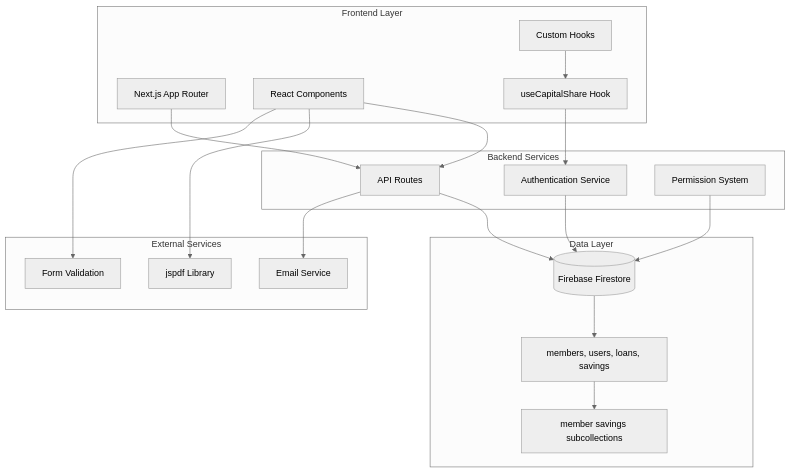
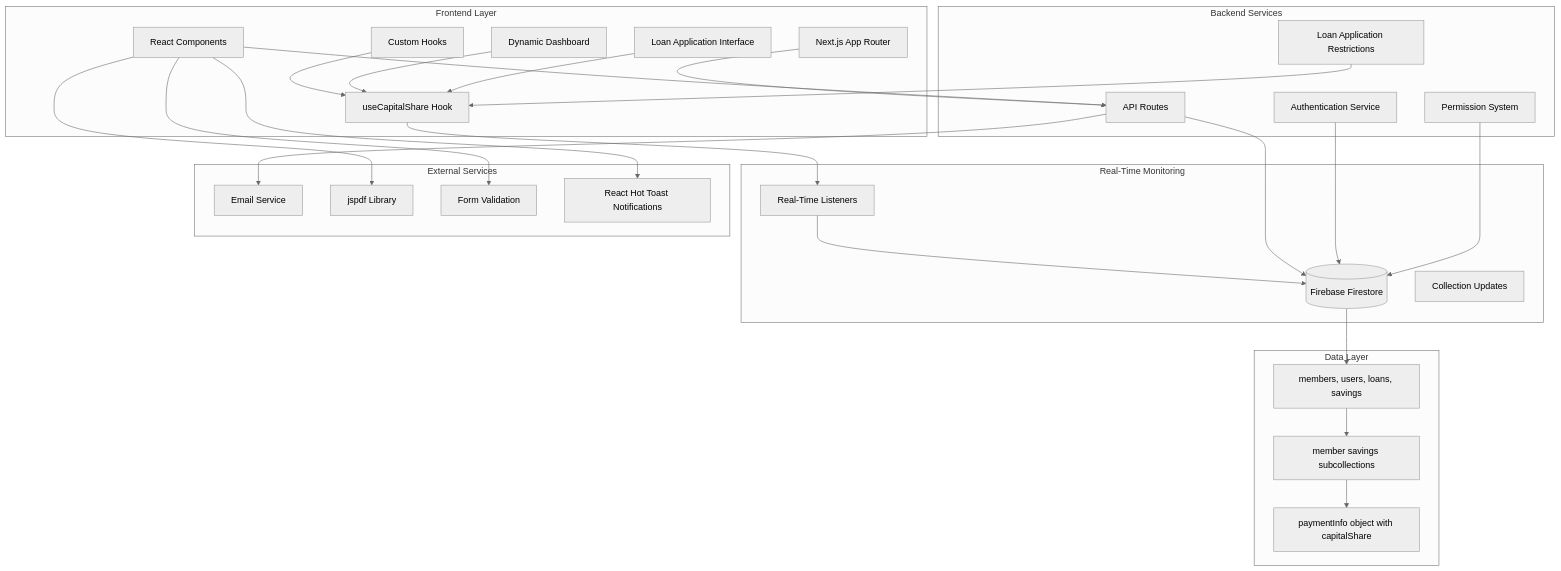
One commit to Unsure-bry/sampacoop_system changed the first of 15 diagrams in .qoder/repowiki/en/content/Project Overview/Core Features & Functionality/Administrative Features/Capital Shares Management System.md. Above: the diagram before and after it, drawn with Mermaid (neutral theme). The commit also changed other lines of this file and 3 other files, not shown here.

````diff
--- a/.qoder/repowiki/en/content/Project Overview/Core Features & Functionality/Administrative Features/Capital Shares Management System.md
+++ b/.qoder/repowiki/en/content/Project Overview/Core Features & Functionality/Administrative Features/Capital Shares Management System.md
@@ -60,36 +62,52 @@
 ```mermaid
 graph TB
 subgraph "Frontend Layer"
 UI[Next.js App Router]
 Components[React Components]
 Hooks[Custom Hooks]
 useCapitalShare[useCapitalShare Hook]
+DynamicDashboard[Dynamic Dashboard]
+LoanInterface[Loan Application Interface]
+end
+subgraph "Real-Time Monitoring"
+RealTime[Real-Time Listeners]
+Firestore[(Firebase Firestore)]
+CollectionUpdates[Collection Updates]
 end
 subgraph "Backend Services"
 API[API Routes]
 Auth[Authentication Service]
 Permissions[Permission System]
+LoanRestrictions[Loan Application Restrictions]
 end
 subgraph "Data Layer"
 Firestore[(Firebase Firestore)]
 Collections[members, users, loans, savings]
 Subcollections[member savings subcollections]
+PaymentInfo[paymentInfo object with capitalShare]
 end
 subgraph "External Services"
 Email[Email Service]
 PDF[jspdf Library]
 Validation[Form Validation]
+Toast[React Hot Toast Notifications]
 end
 UI --> API
 Components --> API
 Hooks --> useCapitalShare
-useCapitalShare --> Auth
+useCapitalShare --> RealTime
+RealTime --> Firestore
+DynamicDashboard --> useCapitalShare
+LoanInterface --> useCapitalShare
 API --> Firestore
 Auth --> Firestore
 Permissions --> Firestore
+LoanRestrictions --> useCapitalShare
 API --> Email
 Components --> PDF
 Components --> Validation
+Components --> Toast
 Firestore --> Collections
 Collections --> Subcollections
+Subcollections --> PaymentInfo
 ```
````
